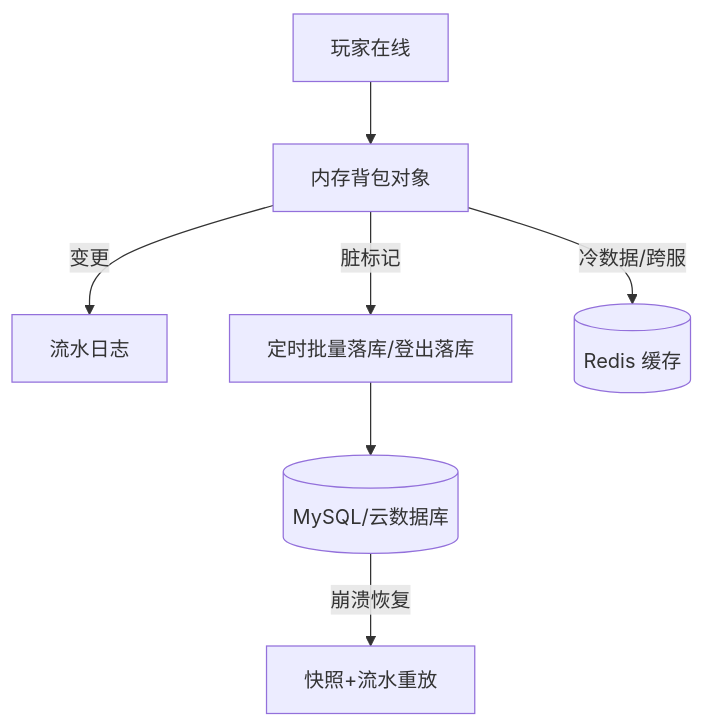
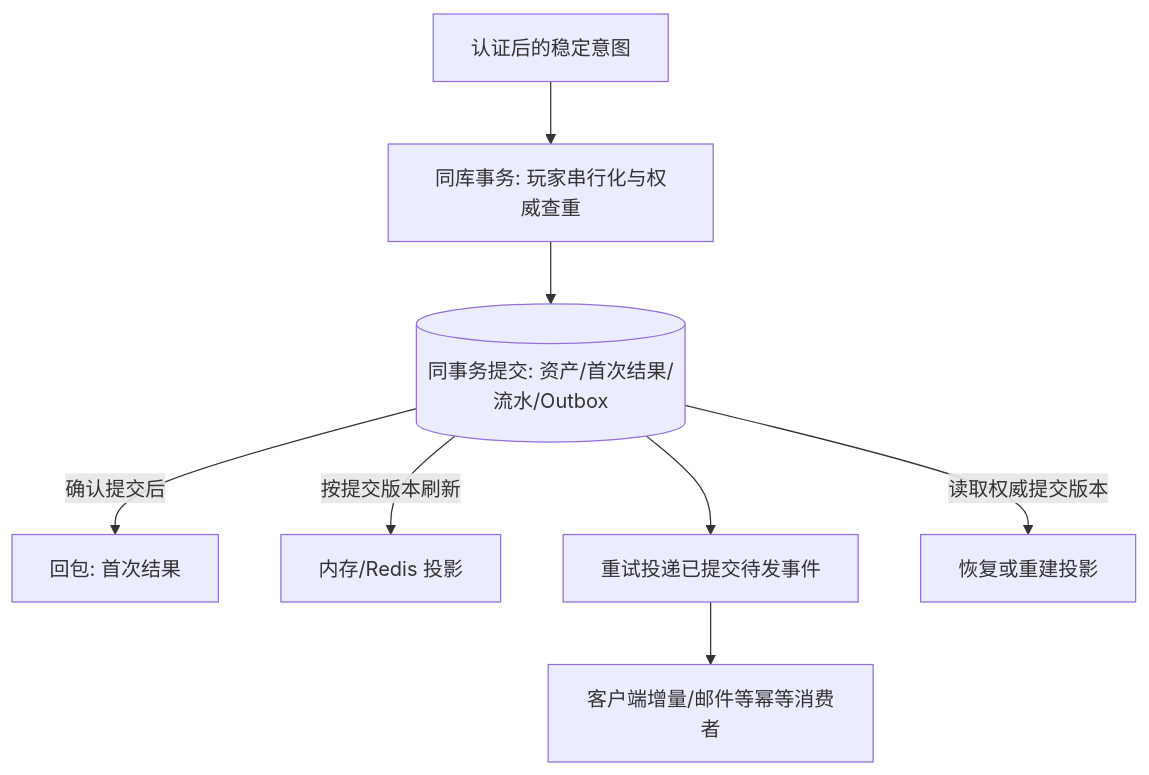
Before and after one commit to fantuan812/learning: the second of 4 diagrams in 知识/05-Gameplay与交互系统/背包装备与存档/01-背包与道具系统.md, drawn with Mermaid. The commit also changed other lines of this file and 1 other file, not shown here.

````diff
--- a/知识/05-Gameplay与交互系统/背包装备与存档/01-背包与道具系统.md
+++ b/知识/05-Gameplay与交互系统/背包装备与存档/01-背包与道具系统.md
@@ -192,9 +208,10 @@
 ```mermaid
 flowchart TD
-    P[玩家在线] --> M[内存背包对象]
-    M -->|变更| L[流水日志]
-    M -->|脏标记| W[定时批量落库/登出落库]
-    W --> DB[(MySQL/云数据库)]
-    DB -->|崩溃恢复| REP[快照+流水重放]
-    M -->|冷数据/跨服| R[(Redis 缓存)]
+    P[认证后的稳定意图] --> T[同库事务: 玩家串行化与权威查重]
+    T --> D[(同事务提交: 资产/首次结果/流水/Outbox)]
+    D -->|确认提交后| A[回包: 首次结果]
+    D -->|按提交版本刷新| M[内存/Redis 投影]
+    D --> O[重试投递已提交待发事件]
+    O --> C[客户端增量/邮件等幂等消费者]
+    D -->|读取权威提交版本| R[恢复或重建投影]
 ```
````
